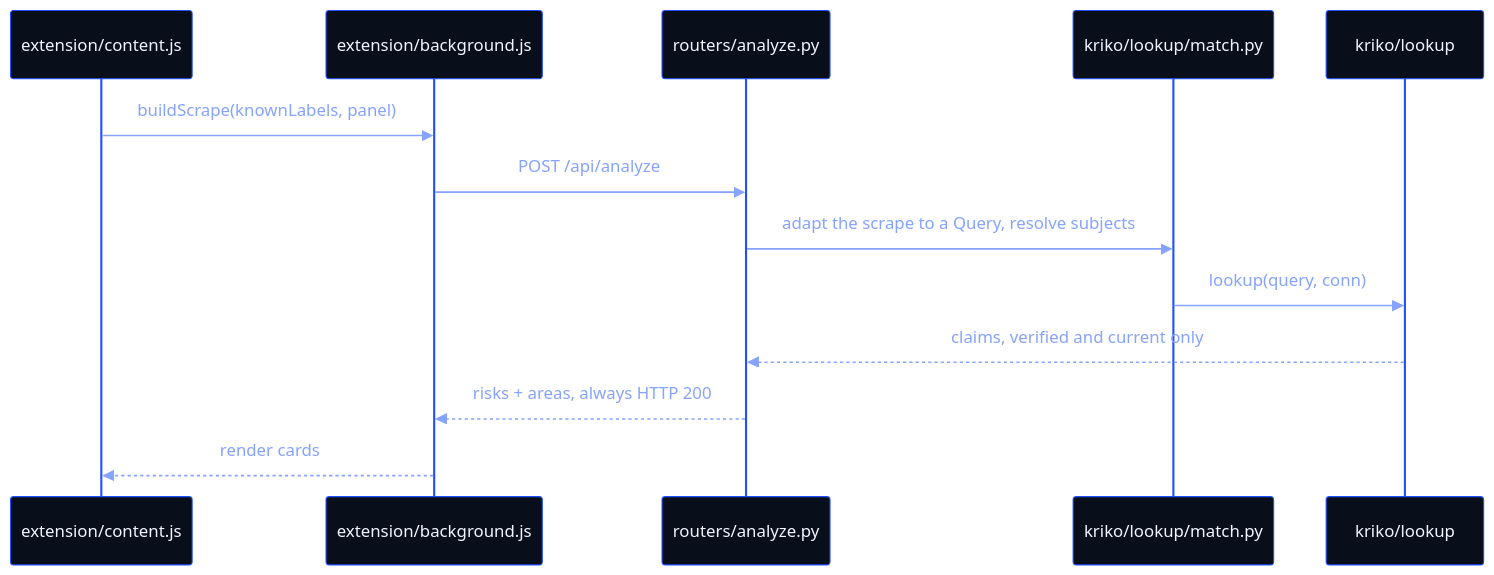
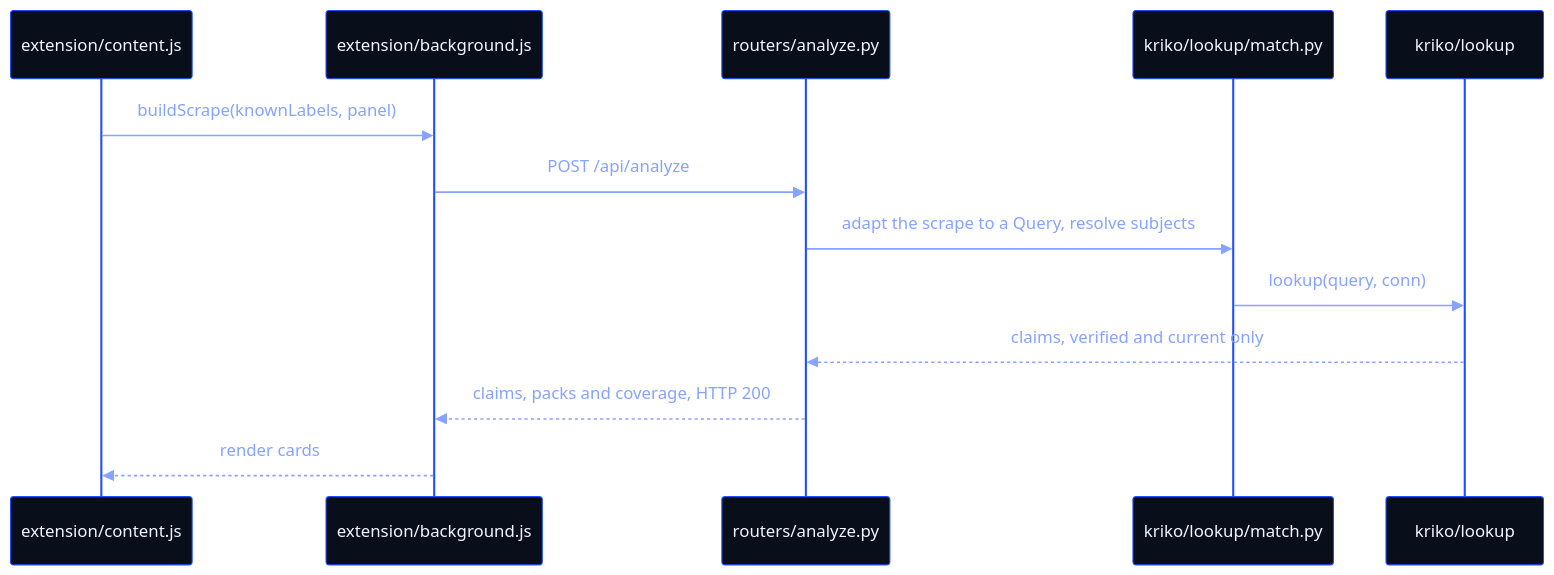
The first of 7 diagrams in docs/INTERNALS.md (Berbadov/kriko), drawn with Mermaid before and after one commit. The commit also changed other lines of this file and 10 other files, not shown here.

````diff
--- a/docs/INTERNALS.md
+++ b/docs/INTERNALS.md
@@ -9,16 +9,16 @@
 ```mermaid
 %%{init: {"theme":"base","themeVariables":{"fontFamily":"ui-monospace, SFMono-Regular, Consolas, monospace","primaryColor":"#090E1B","primaryTextColor":"#F2F5FF","primaryBorderColor":"#1F4FFF","lineColor":"#86A3FF","secondaryColor":"#1739C2","tertiaryColor":"#080B16","noteBkgColor":"#BFE4FF","noteTextColor":"#05070F","actorBkg":"#090E1B","actorTextColor":"#F2F5FF","actorBorder":"#1F4FFF","signalColor":"#86A3FF","signalTextColor":"#86A3FF"}}}%%
 sequenceDiagram
     participant C as extension/content.js
     participant B as extension/background.js
     participant A as routers/analyze.py
     participant M as kriko/lookup/match.py
     participant L as kriko/lookup
     C->>B: buildScrape(knownLabels, panel)
     B->>A: POST /api/analyze
     A->>M: adapt the scrape to a Query, resolve subjects
     M->>L: lookup(query, conn)
     L-->>A: claims, verified and current only
-    A-->>B: risks + areas, always HTTP 200
+    A-->>B: claims, packs and coverage, HTTP 200
     B-->>C: render cards
 ```
````
